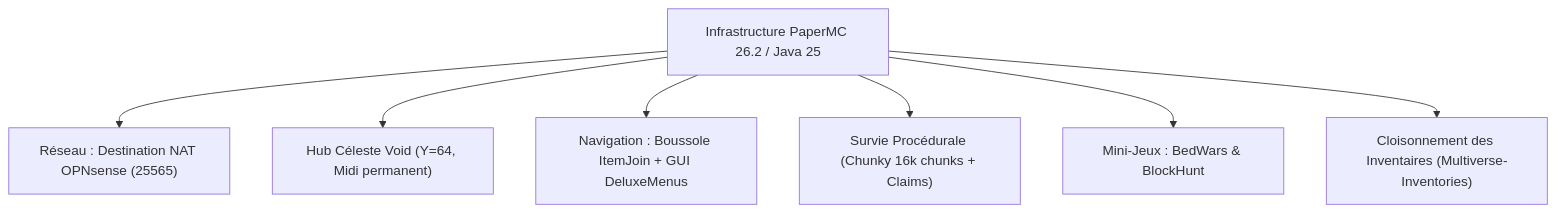
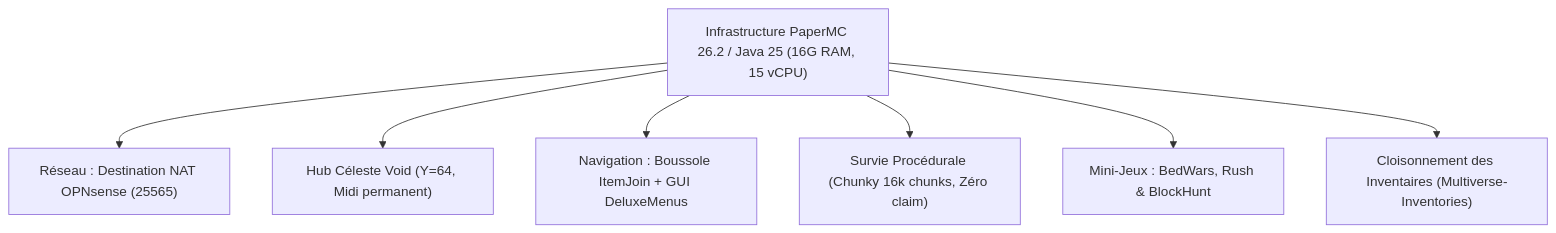
Before and after one commit to Klemz-696/AP1-SISR-JoyStickFM: the first of 2 diagrams in 01_Journal_de_Bord/Seance_05_2026-10-05/Rapport_Amelioration_Serveur_Minecraft_Et_Axes_Progres.md, drawn with Mermaid. The commit also changed other lines of this file and 30 other files, not shown here.

````diff
--- a/01_Journal_de_Bord/Seance_05_2026-10-05/Rapport_Amelioration_Serveur_Minecraft_Et_Axes_Progres.md
+++ b/01_Journal_de_Bord/Seance_05_2026-10-05/Rapport_Amelioration_Serveur_Minecraft_Et_Axes_Progres.md
@@ -18,9 +20,9 @@
 ```mermaid
 graph TD
-    A["Infrastructure PaperMC 26.2 / Java 25"] --> B["Réseau : Destination NAT OPNsense (25565)"]
+    A["Infrastructure PaperMC 26.2 / Java 25 (16G RAM, 15 vCPU)"] --> B["Réseau : Destination NAT OPNsense (25565)"]
     A --> C["Hub Céleste Void (Y=64, Midi permanent)"]
     A --> D["Navigation : Boussole ItemJoin + GUI DeluxeMenus"]
-    A --> E["Survie Procédurale (Chunky 16k chunks + Claims)"]
-    A --> F["Mini-Jeux : BedWars & BlockHunt"]
+    A --> E["Survie Procédurale (Chunky 16k chunks, Zéro claim)"]
+    A --> F["Mini-Jeux : BedWars, Rush & BlockHunt"]
     A --> G["Cloisonnement des Inventaires (Multiverse-Inventories)"]
 ```
````
